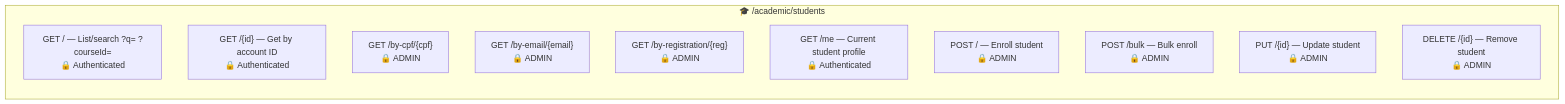
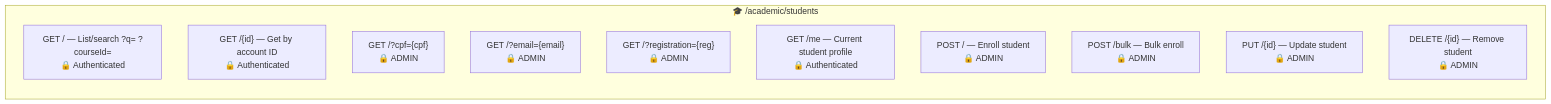
Before and after one commit to Plataforma-Universidade-Gratuita/pug-service: the fourth of 6 diagrams in src/main/java/br/org/catolicasc/pug/academic/README.md, drawn with Mermaid. The commit also changed 89 other files, not shown here.

````diff
--- a/src/main/java/br/org/catolicasc/pug/academic/README.md
+++ b/src/main/java/br/org/catolicasc/pug/academic/README.md
@@ -119,16 +119,16 @@
 ```mermaid
 graph LR
     subgraph Students["🎓 /academic/students"]
         direction TB
         GET_LIST["GET / — List/search ?q= ?courseId=<br/>🔒 Authenticated"]
         GET_ID["GET /{id} — Get by account ID<br/>🔒 Authenticated"]
-        GET_CPF["GET /by-cpf/{cpf}<br/>🔒 ADMIN"]
-        GET_EMAIL["GET /by-email/{email}<br/>🔒 ADMIN"]
-        GET_REG["GET /by-registration/{reg}<br/>🔒 ADMIN"]
+        GET_CPF["GET /?cpf={cpf}<br/>🔒 ADMIN"]
+        GET_EMAIL["GET /?email={email}<br/>🔒 ADMIN"]
+        GET_REG["GET /?registration={reg}<br/>🔒 ADMIN"]
         GET_ME["GET /me — Current student profile<br/>🔒 Authenticated"]
         POST["POST / — Enroll student<br/>🔒 ADMIN"]
         POST_BULK["POST /bulk — Bulk enroll<br/>🔒 ADMIN"]
         PUT["PUT /{id} — Update student<br/>🔒 ADMIN"]
         DELETE["DELETE /{id} — Remove student<br/>🔒 ADMIN"]
     end
 ```
````
